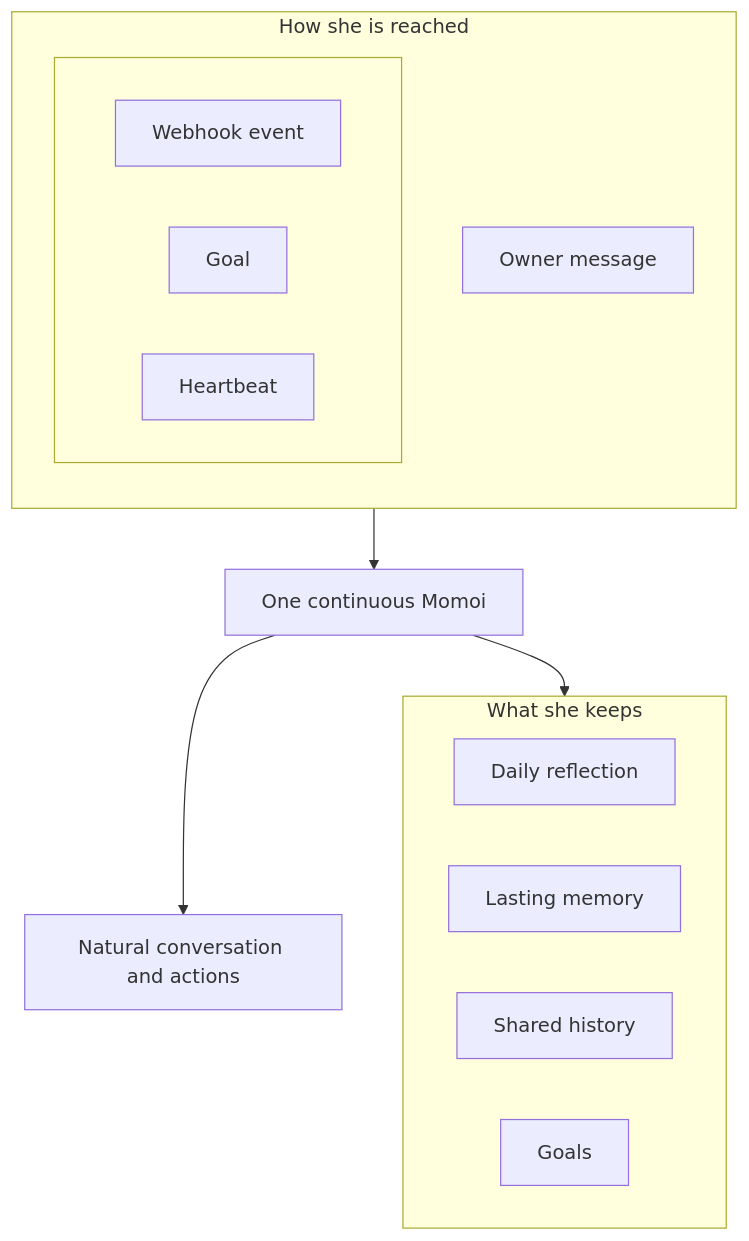
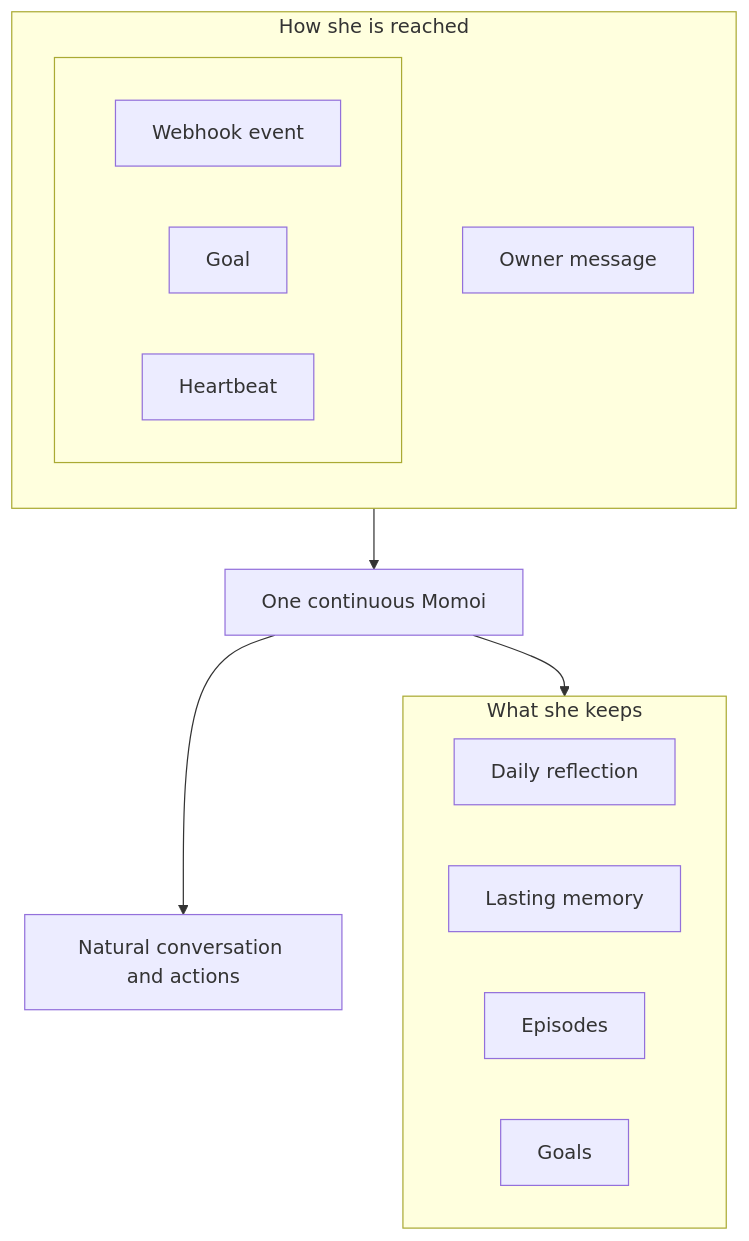
Before and after one commit to RicterZ/Momoi: the first of 3 diagrams in README.md, drawn with Mermaid. The commit also changed other lines of this file and 61 other files, not shown here.

````diff
--- a/README.md
+++ b/README.md
@@ -26,25 +26,25 @@
 ```mermaid
 flowchart TB
   subgraph reach["How she is reached"]
     direction TB
     owner["Owner message"]
     subgraph also[" "]
       direction LR
       events["Webhook event"]
       goal["Goal"]
       heartbeat["Heartbeat"]
     end
   end
   momoi["One continuous Momoi"]
   out["Natural conversation and actions"]
   subgraph keep["What she keeps"]
     direction LR
     reflection["Daily reflection"]
     memory["Lasting memory"]
-    history["Shared history"]
+    history["Episodes"]
     agenda["Goals"]
   end
   reach --> momoi
   momoi --> out
   momoi --> keep
 ```
````
